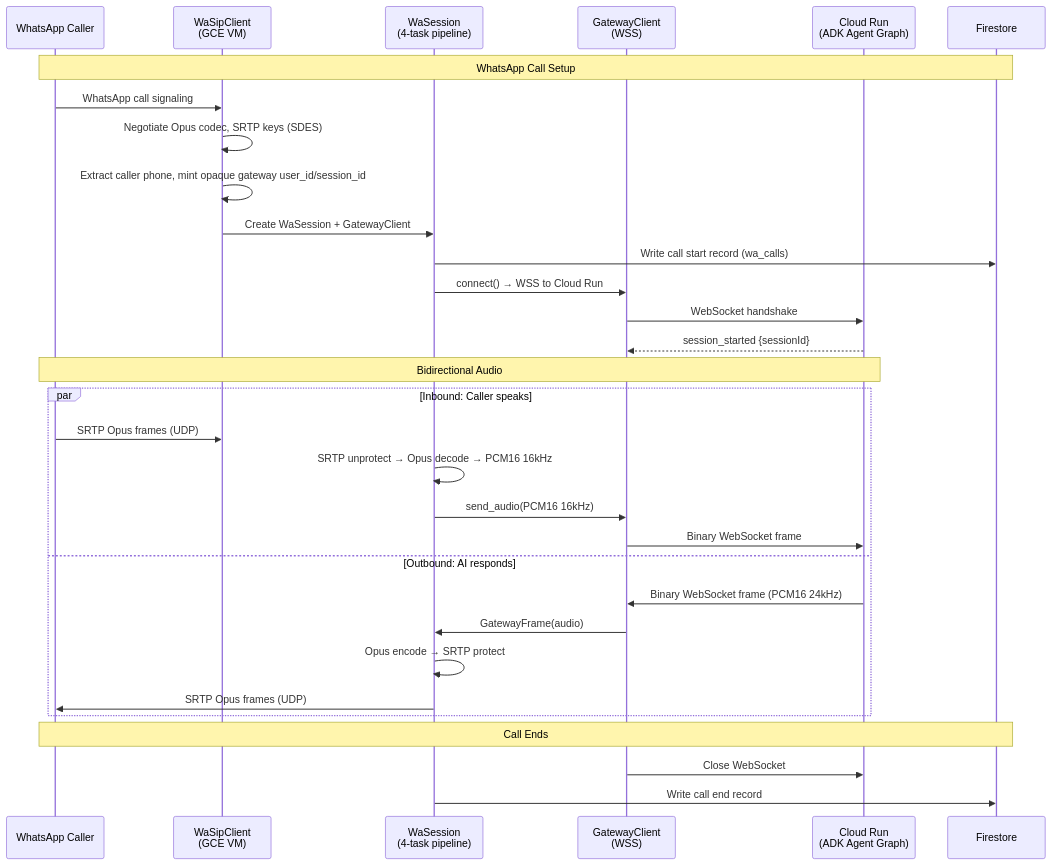
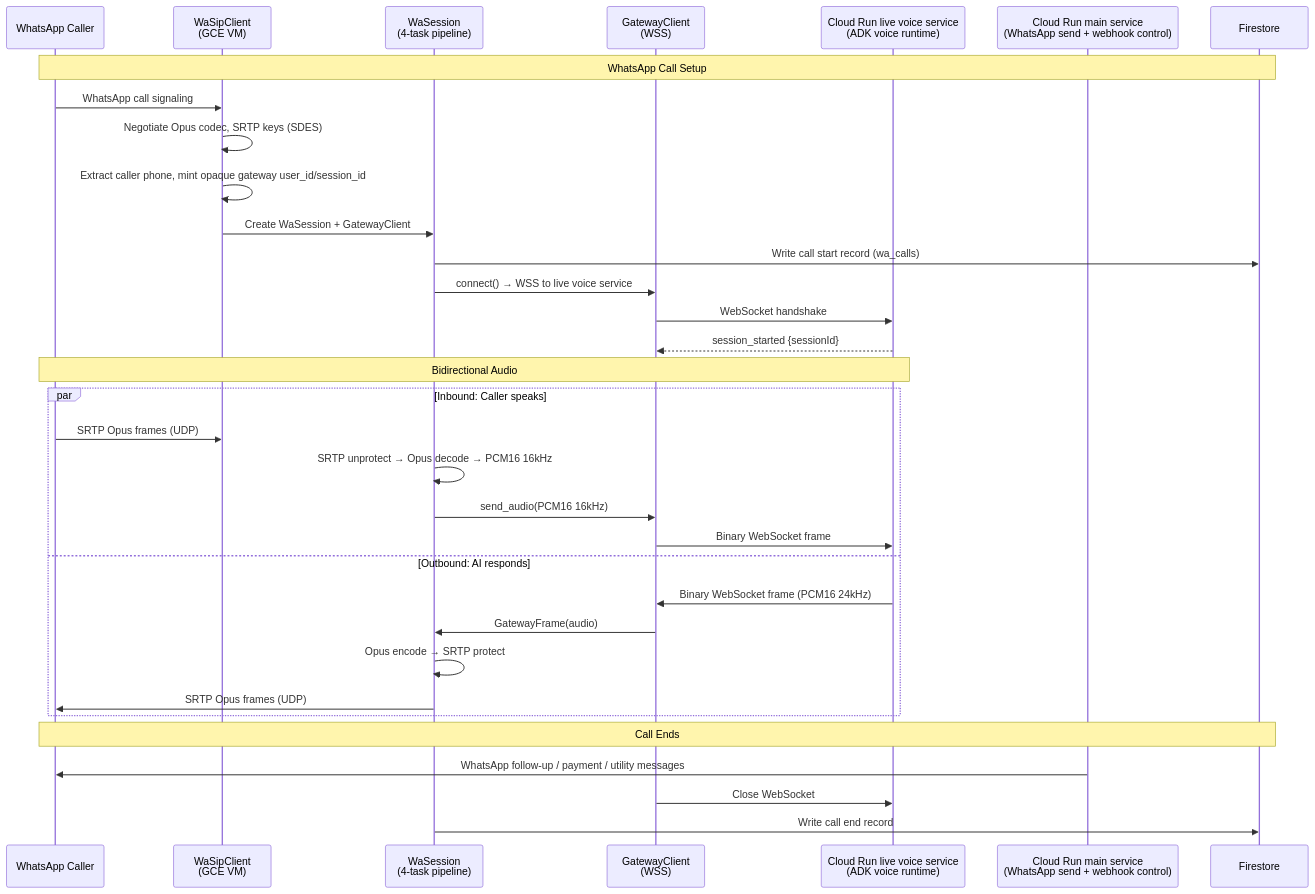
Before and after one commit to ogabasseyy/ekaette: the fourth of 8 diagrams in docs/architecture/04-telephony.md, drawn with Mermaid. The commit also changed other lines of this file and 12 other files, not shown here.

Commit message:
docs(architecture): align README and local docs with voice platform

````diff
--- a/docs/architecture/04-telephony.md
+++ b/docs/architecture/04-telephony.md
@@ -216,37 +226,39 @@
 ```mermaid
 sequenceDiagram
     participant WA as WhatsApp Caller
     participant WA_SIP as WaSipClient<br/>(GCE VM)
     participant WA_SESS as WaSession<br/>(4-task pipeline)
     participant GW as GatewayClient<br/>(WSS)
-    participant CR as Cloud Run<br/>(ADK Agent Graph)
+    participant LIVE as Cloud Run live voice service<br/>(ADK voice runtime)
+    participant MAIN as Cloud Run main service<br/>(WhatsApp send + webhook control)
     participant FS as Firestore
 
     Note over WA,FS: WhatsApp Call Setup
     WA->>WA_SIP: WhatsApp call signaling
     WA_SIP->>WA_SIP: Negotiate Opus codec, SRTP keys (SDES)
     WA_SIP->>WA_SIP: Extract caller phone, mint opaque gateway user_id/session_id
     WA_SIP->>WA_SESS: Create WaSession + GatewayClient
     WA_SESS->>FS: Write call start record (wa_calls)
-    WA_SESS->>GW: connect() → WSS to Cloud Run
-    GW->>CR: WebSocket handshake
-    CR-->>GW: session_started {sessionId}
+    WA_SESS->>GW: connect() → WSS to live voice service
+    GW->>LIVE: WebSocket handshake
+    LIVE-->>GW: session_started {sessionId}
 
-    Note over WA,CR: Bidirectional Audio
+    Note over WA,LIVE: Bidirectional Audio
 
     par Inbound: Caller speaks
         WA->>WA_SIP: SRTP Opus frames (UDP)
         WA_SESS->>WA_SESS: SRTP unprotect → Opus decode → PCM16 16kHz
         WA_SESS->>GW: send_audio(PCM16 16kHz)
-        GW->>CR: Binary WebSocket frame
+        GW->>LIVE: Binary WebSocket frame
     and Outbound: AI responds
-        CR->>GW: Binary WebSocket frame (PCM16 24kHz)
+        LIVE->>GW: Binary WebSocket frame (PCM16 24kHz)
         GW->>WA_SESS: GatewayFrame(audio)
         WA_SESS->>WA_SESS: Opus encode → SRTP protect
         WA_SESS->>WA: SRTP Opus frames (UDP)
     end
 
     Note over WA,FS: Call Ends
-    GW->>CR: Close WebSocket
+    MAIN->>WA: WhatsApp follow-up / payment / utility messages
+    GW->>LIVE: Close WebSocket
     WA_SESS->>FS: Write call end record
 ```
````
